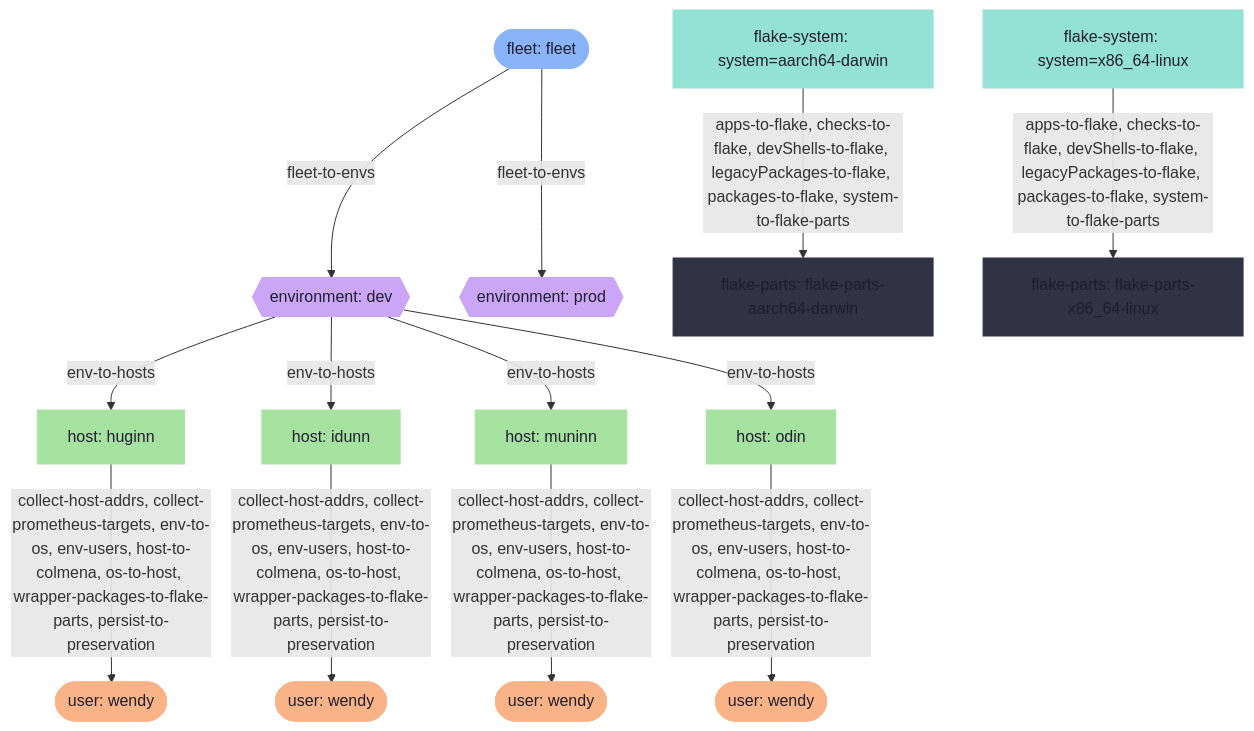
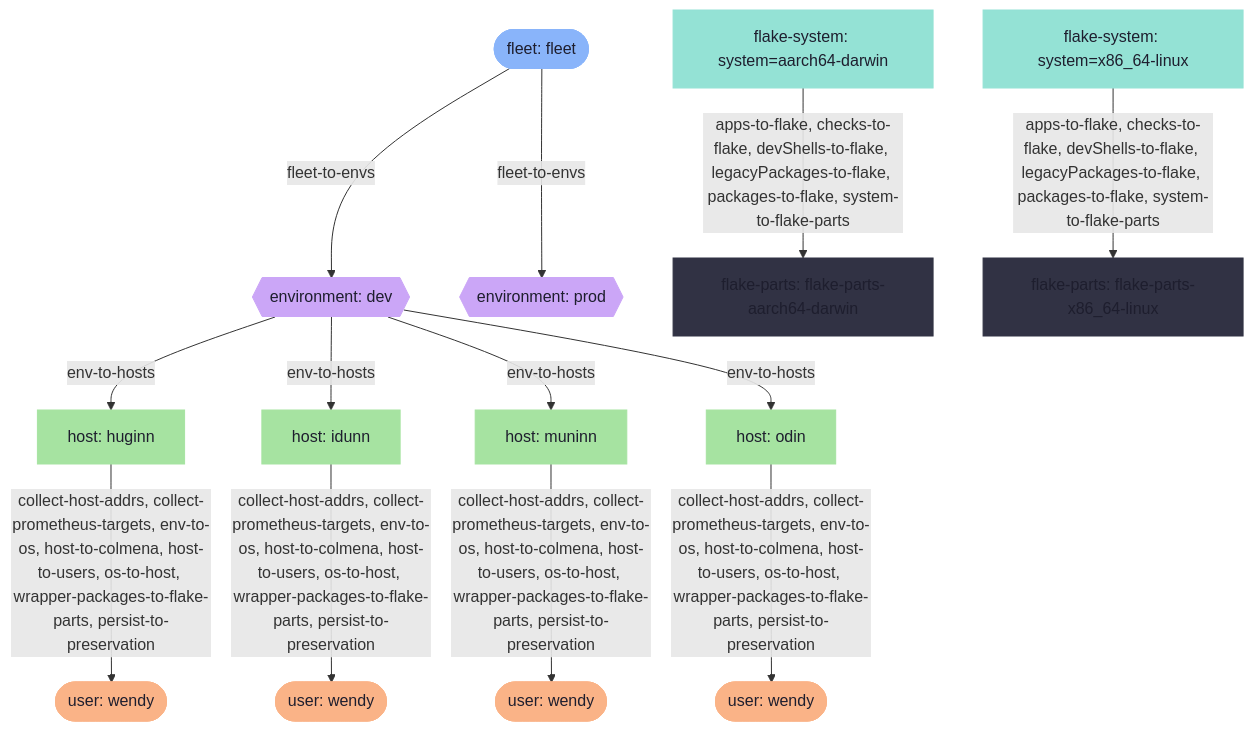
Before and after one commit to illusaen/denix: the second of 4 diagrams in README.md, drawn with Mermaid. The commit also changed other lines of this file and 4 other files, not shown here.

Commit message:
wip using den's built in host-to-user policy after curating the acl

````diff
--- a/README.md
+++ b/README.md
@@ -58,47 +58,47 @@
 ```mermaid
 graph TD
   accessGroups__list_accessGroups__environment_dev_fleet_fleet_host_huginn["host: huginn"]
   accessGroups__list_accessGroups__environment_dev_fleet_fleet_host_huginn_user_wendy(["user: wendy"])
   accessGroups__list_accessGroups__environment_dev_fleet_fleet_host_idunn["host: idunn"]
   accessGroups__list_accessGroups__environment_dev_fleet_fleet_host_idunn_user_wendy(["user: wendy"])
   accessGroups__list_accessGroups__environment_dev_fleet_fleet_host_muninn["host: muninn"]
   accessGroups__list_accessGroups__environment_dev_fleet_fleet_host_muninn_user_wendy(["user: wendy"])
   accessGroups__list_accessGroups__environment_dev_fleet_fleet_host_odin["host: odin"]
   accessGroups__list_accessGroups__environment_dev_fleet_fleet_host_odin_user_wendy(["user: wendy"])
   environment_dev_fleet_fleet{{"environment: dev"}}
   environment_prod_fleet_fleet{{"environment: prod"}}
   flake_parts_flake_parts_aarch64_darwin_system_aarch64_darwin["flake-parts: flake-parts-aarch64-darwin"]
   flake_parts_flake_parts_x86_64_linux_system_x86_64_linux["flake-parts: flake-parts-x86_64-linux"]
   fleet_fleet(["fleet: fleet"])
   system_aarch64_darwin["flake-system: system=aarch64-darwin"]
   system_x86_64_linux["flake-system: system=x86_64-linux"]
 
   environment_dev_fleet_fleet -->|env-to-hosts| accessGroups__list_accessGroups__environment_dev_fleet_fleet_host_huginn
-  accessGroups__list_accessGroups__environment_dev_fleet_fleet_host_huginn -->|collect-host-addrs, collect-prometheus-targets, env-to-os, env-users, host-to-colmena, os-to-host, wrapper-packages-to-flake-parts, persist-to-preservation| accessGroups__list_accessGroups__environment_dev_fleet_fleet_host_huginn_user_wendy
+  accessGroups__list_accessGroups__environment_dev_fleet_fleet_host_huginn -->|collect-host-addrs, collect-prometheus-targets, env-to-os, host-to-colmena, host-to-users, os-to-host, wrapper-packages-to-flake-parts, persist-to-preservation| accessGroups__list_accessGroups__environment_dev_fleet_fleet_host_huginn_user_wendy
   environment_dev_fleet_fleet -->|env-to-hosts| accessGroups__list_accessGroups__environment_dev_fleet_fleet_host_idunn
-  accessGroups__list_accessGroups__environment_dev_fleet_fleet_host_idunn -->|collect-host-addrs, collect-prometheus-targets, env-to-os, env-users, host-to-colmena, os-to-host, wrapper-packages-to-flake-parts, persist-to-preservation| accessGroups__list_accessGroups__environment_dev_fleet_fleet_host_idunn_user_wendy
+  accessGroups__list_accessGroups__environment_dev_fleet_fleet_host_idunn -->|collect-host-addrs, collect-prometheus-targets, env-to-os, host-to-colmena, host-to-users, os-to-host, wrapper-packages-to-flake-parts, persist-to-preservation| accessGroups__list_accessGroups__environment_dev_fleet_fleet_host_idunn_user_wendy
   environment_dev_fleet_fleet -->|env-to-hosts| accessGroups__list_accessGroups__environment_dev_fleet_fleet_host_muninn
-  accessGroups__list_accessGroups__environment_dev_fleet_fleet_host_muninn -->|collect-host-addrs, collect-prometheus-targets, env-to-os, env-users, host-to-colmena, os-to-host, wrapper-packages-to-flake-parts, persist-to-preservation| accessGroups__list_accessGroups__environment_dev_fleet_fleet_host_muninn_user_wendy
+  accessGroups__list_accessGroups__environment_dev_fleet_fleet_host_muninn -->|collect-host-addrs, collect-prometheus-targets, env-to-os, host-to-colmena, host-to-users, os-to-host, wrapper-packages-to-flake-parts, persist-to-preservation| accessGroups__list_accessGroups__environment_dev_fleet_fleet_host_muninn_user_wendy
   environment_dev_fleet_fleet -->|env-to-hosts| accessGroups__list_accessGroups__environment_dev_fleet_fleet_host_odin
-  accessGroups__list_accessGroups__environment_dev_fleet_fleet_host_odin -->|collect-host-addrs, collect-prometheus-targets, env-to-os, env-users, host-to-colmena, os-to-host, wrapper-packages-to-flake-parts, persist-to-preservation| accessGroups__list_accessGroups__environment_dev_fleet_fleet_host_odin_user_wendy
+  accessGroups__list_accessGroups__environment_dev_fleet_fleet_host_odin -->|collect-host-addrs, collect-prometheus-targets, env-to-os, host-to-colmena, host-to-users, os-to-host, wrapper-packages-to-flake-parts, persist-to-preservation| accessGroups__list_accessGroups__environment_dev_fleet_fleet_host_odin_user_wendy
   fleet_fleet -->|fleet-to-envs| environment_dev_fleet_fleet
   fleet_fleet -->|fleet-to-envs| environment_prod_fleet_fleet
   system_aarch64_darwin -->|apps-to-flake, checks-to-flake, devShells-to-flake, legacyPackages-to-flake, packages-to-flake, system-to-flake-parts| flake_parts_flake_parts_aarch64_darwin_system_aarch64_darwin
   system_x86_64_linux -->|apps-to-flake, checks-to-flake, devShells-to-flake, legacyPackages-to-flake, packages-to-flake, system-to-flake-parts| flake_parts_flake_parts_x86_64_linux_system_x86_64_linux
 
   style accessGroups__list_accessGroups__environment_dev_fleet_fleet_host_huginn fill:#a6e3a1,stroke:#a6e3a1,color:#1e1e2e
   style accessGroups__list_accessGroups__environment_dev_fleet_fleet_host_huginn_user_wendy fill:#fab387,stroke:#fab387,color:#1e1e2e
   style accessGroups__list_accessGroups__environment_dev_fleet_fleet_host_idunn fill:#a6e3a1,stroke:#a6e3a1,color:#1e1e2e
   style accessGroups__list_accessGroups__environment_dev_fleet_fleet_host_idunn_user_wendy fill:#fab387,stroke:#fab387,color:#1e1e2e
   style accessGroups__list_accessGroups__environment_dev_fleet_fleet_host_muninn fill:#a6e3a1,stroke:#a6e3a1,color:#1e1e2e
   style accessGroups__list_accessGroups__environment_dev_fleet_fleet_host_muninn_user_wendy fill:#fab387,stroke:#fab387,color:#1e1e2e
   style accessGroups__list_accessGroups__environment_dev_fleet_fleet_host_odin fill:#a6e3a1,stroke:#a6e3a1,color:#1e1e2e
   style accessGroups__list_accessGroups__environment_dev_fleet_fleet_host_odin_user_wendy fill:#fab387,stroke:#fab387,color:#1e1e2e
   style environment_dev_fleet_fleet fill:#cba6f7,stroke:#cba6f7,color:#1e1e2e
   style environment_prod_fleet_fleet fill:#cba6f7,stroke:#cba6f7,color:#1e1e2e
   style flake_parts_flake_parts_aarch64_darwin_system_aarch64_darwin fill:#313244,stroke:#313244,color:#1e1e2e
   style flake_parts_flake_parts_x86_64_linux_system_x86_64_linux fill:#313244,stroke:#313244,color:#1e1e2e
   style fleet_fleet fill:#89b4fa,stroke:#89b4fa,color:#1e1e2e
   style system_aarch64_darwin fill:#94e2d5,stroke:#94e2d5,color:#1e1e2e
   style system_x86_64_linux fill:#94e2d5,stroke:#94e2d5,color:#1e1e2e
 ```
````
